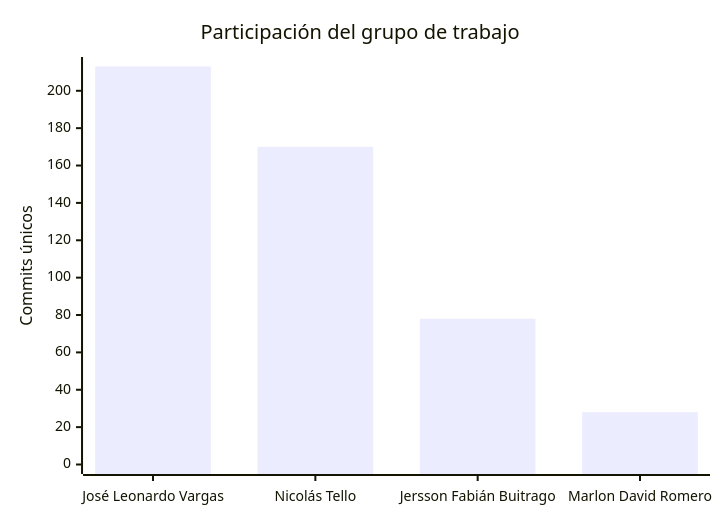
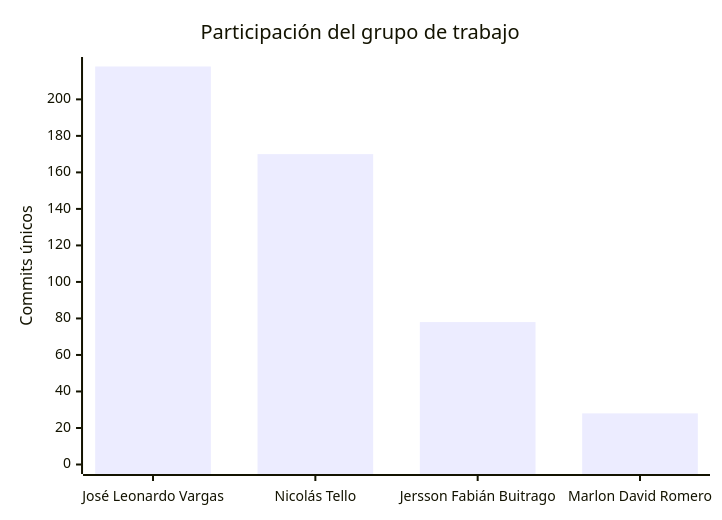
Before and after one commit to FarmaExpres/FarmaExpres: the second of 2 diagrams in README.md, drawn with Mermaid. The commit also changed other lines of this file and 1 other file, not shown here.

````diff
--- a/README.md
+++ b/README.md
@@ -401,7 +401,7 @@
 ```mermaid
 xychart-beta
     title "Participación del grupo de trabajo"
     x-axis ["José Leonardo Vargas", "Nicolás Tello", "Jersson Fabián Buitrago", "Marlon David Romero"]
-    y-axis "Commits únicos" 0 --> 213
-    bar [213, 170, 78, 28]
+    y-axis "Commits únicos" 0 --> 218
+    bar [218, 170, 78, 28]
 ```
````
